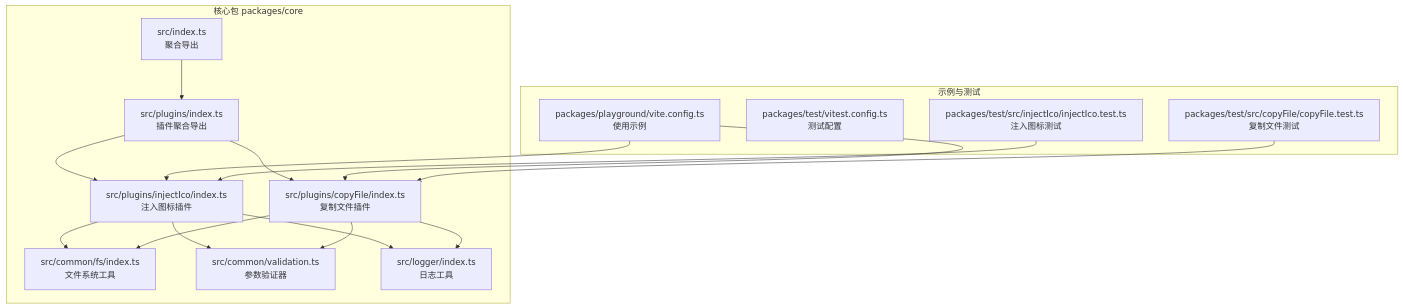
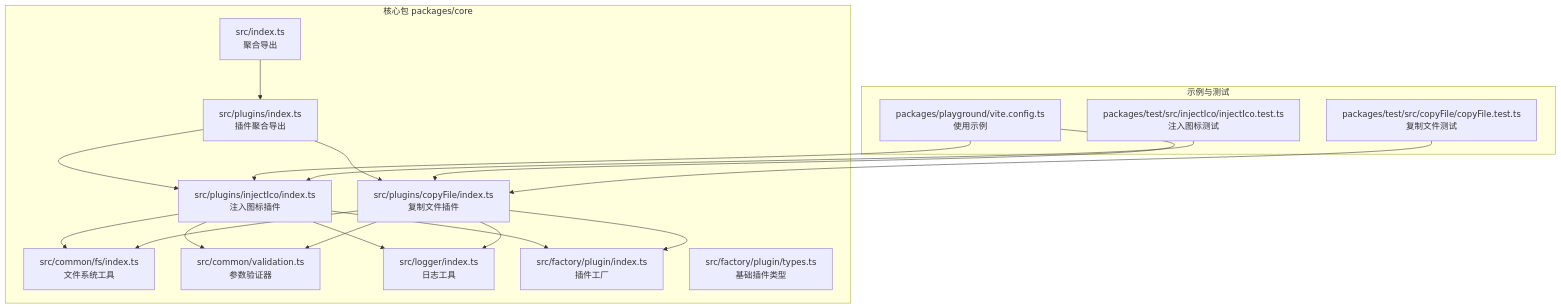
The first of 6 diagrams in .qoder/repowiki/zh/content/故障排除.md (MengXi-Studio/vite-plugin), drawn with Mermaid before and after one commit. The commit also changed other lines of this file and 6 other files, not shown here.

````diff
--- a/.qoder/repowiki/zh/content/故障排除.md
+++ b/.qoder/repowiki/zh/content/故障排除.md
@@ -42,31 +46,34 @@
 ```mermaid
 graph TB
 subgraph "核心包 packages/core"
 SRC_INDEX["src/index.ts<br/>聚合导出"]
 PLUGINS_IDX["src/plugins/index.ts<br/>插件聚合导出"]
 INJICO["src/plugins/injectIco/index.ts<br/>注入图标插件"]
 COPYFILE["src/plugins/copyFile/index.ts<br/>复制文件插件"]
 COMMON_FS["src/common/fs/index.ts<br/>文件系统工具"]
 VALIDATOR["src/common/validation.ts<br/>参数验证器"]
 LOGGER["src/logger/index.ts<br/>日志工具"]
+FACTORY["src/factory/plugin/index.ts<br/>插件工厂"]
+BASE_PLUGIN["src/factory/plugin/types.ts<br/>基础插件类型"]
 end
 subgraph "示例与测试"
 PLAYGROUND["packages/playground/vite.config.ts<br/>使用示例"]
-TEST_VITEST["packages/test/vitest.config.ts<br/>测试配置"]
 TEST_INJICO["packages/test/src/injectIco/injectIco.test.ts<br/>注入图标测试"]
 TEST_COPY["packages/test/src/copyFile/copyFile.test.ts<br/>复制文件测试"]
 end
 SRC_INDEX --> PLUGINS_IDX
 PLUGINS_IDX --> INJICO
 PLUGINS_IDX --> COPYFILE
 INJICO --> COMMON_FS
 INJICO --> VALIDATOR
 INJICO --> LOGGER
+INJICO --> FACTORY
 COPYFILE --> COMMON_FS
 COPYFILE --> VALIDATOR
 COPYFILE --> LOGGER
+COPYFILE --> FACTORY
 PLAYGROUND --> INJICO
 PLAYGROUND --> COPYFILE
 TEST_INJICO --> INJICO
 TEST_COPY --> COPYFILE
 ```
````
